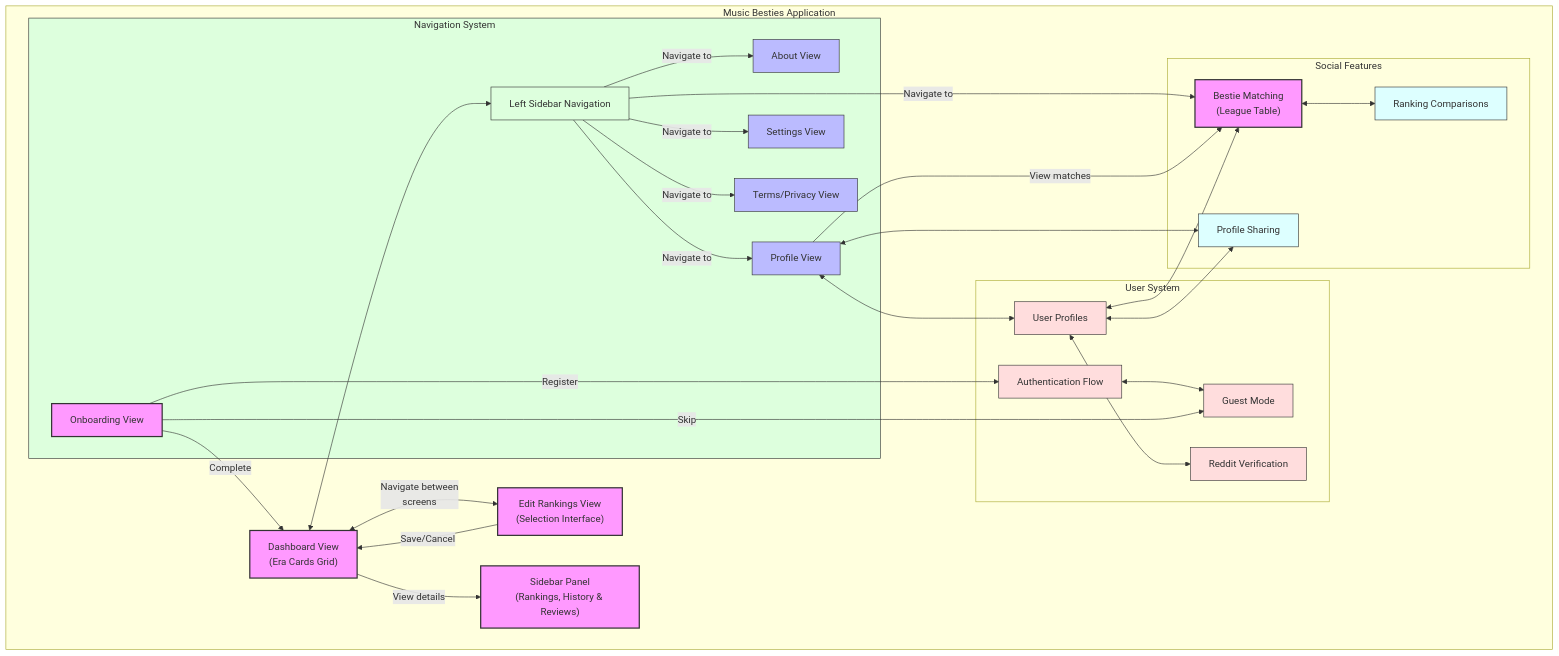
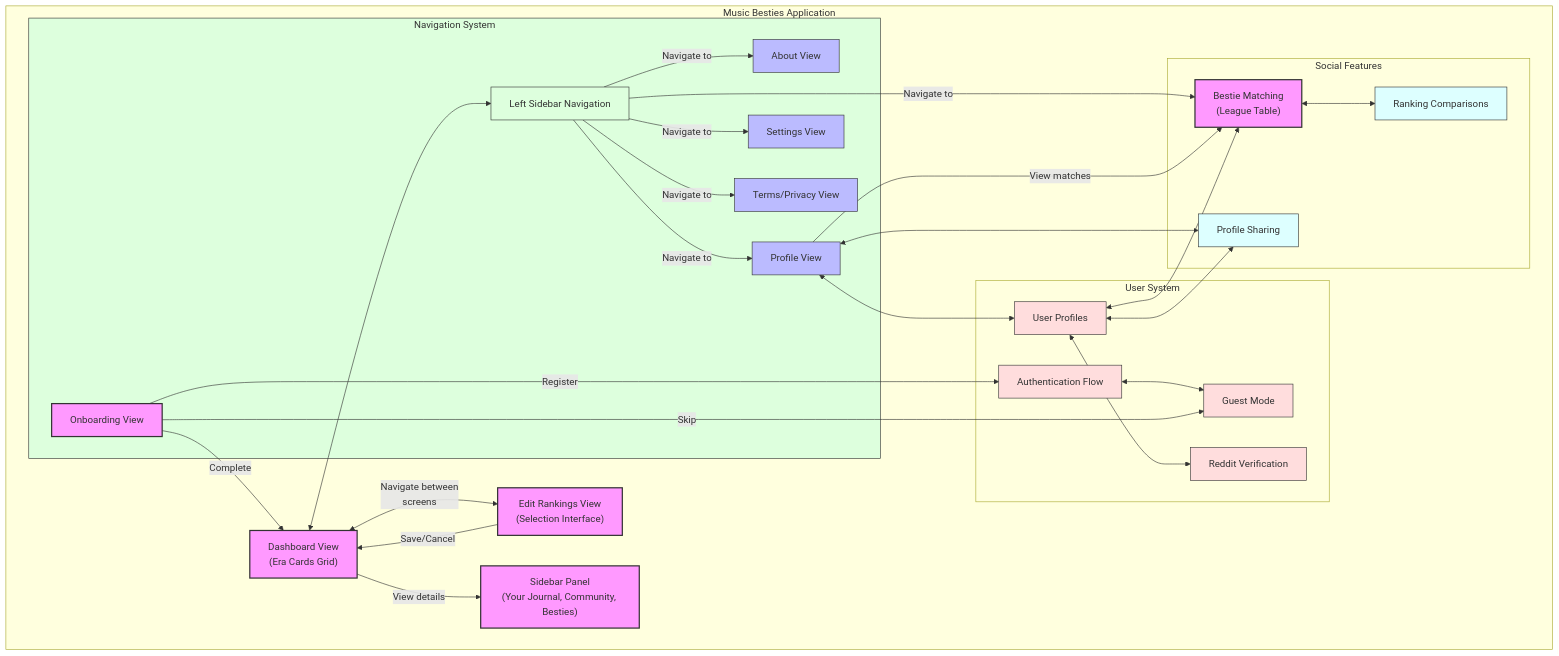
One commit to RL8/music-besties-vuepress-docs changed the diagram in docs/next-state/overview.md. Above: the diagram before and after it, drawn with Mermaid. The commit also changed other lines of this file and 8 other files, not shown here.

Commit message:
Update documentation with new sidebar panel design, three-layer navigation, and bestie matching functionality

````diff
--- a/docs/next-state/overview.md
+++ b/docs/next-state/overview.md
@@ -80,64 +80,64 @@
 ```mermaid
 flowchart TD
     subgraph MusicBesties["Music Besties Application"]
         Dashboard["Dashboard View\n(Era Cards Grid)"] <--"Navigate between\nscreens"--> EditRankings["Edit Rankings View\n(Selection Interface)"];
         
-        Dashboard -->|"View details"| SidebarPanel["Sidebar Panel\n(Rankings, History & Reviews)"];
+        Dashboard -->|"View details"| SidebarPanel["Sidebar Panel\n(Your Journal, Community, Besties)"];
         EditRankings -->|"Save/Cancel"| Dashboard;
         
         subgraph UserSystem["User System"]
             AuthFlow["Authentication Flow"]
             GuestMode["Guest Mode"]
             UserProfiles["User Profiles"]
             VerificationSystem["Reddit Verification"]
         end
         
         subgraph SocialFeatures["Social Features"]
             BestieMatching["Bestie Matching\n(League Table)"]
             ProfileSharing["Profile Sharing"]
             Comparisons["Ranking Comparisons"]
         end
         
         subgraph Navigation["Navigation System"]
             NavSidebar["Left Sidebar Navigation"]
             AboutView["About View"]
             ProfileView["Profile View"]
             SettingsView["Settings View"]
             TermsView["Terms/Privacy View"]
             OnboardingView["Onboarding View"]
         end
         
         Dashboard <--> NavSidebar;
         NavSidebar -->|"Navigate to"| AboutView;
         NavSidebar -->|"Navigate to"| ProfileView;
         NavSidebar -->|"Navigate to"| SettingsView;
         NavSidebar -->|"Navigate to"| TermsView;
         NavSidebar -->|"Navigate to"| BestieMatching;
         
         AuthFlow <--> GuestMode;
         UserProfiles <--> VerificationSystem;
         UserProfiles <--> ProfileSharing;
         UserProfiles <--> BestieMatching;
         
         OnboardingView -->|"Complete"| Dashboard;
         OnboardingView -->|"Register"| AuthFlow;
         OnboardingView -->|"Skip"| GuestMode;
         
         ProfileView <--> UserProfiles;
         ProfileView <--> ProfileSharing;
         ProfileView -->|"View matches"| BestieMatching;
         BestieMatching <--> Comparisons;
         
         classDef primaryViews fill:#f9f,stroke:#333,stroke-width:2px;
         classDef supportingViews fill:#bbf,stroke:#333,stroke-width:1px;
         classDef navSystem fill:#dfd,stroke:#333,stroke-width:1px;
         classDef userSystem fill:#fdd,stroke:#333,stroke-width:1px;
         classDef socialFeatures fill:#dff,stroke:#333,stroke-width:1px;
         
         class Dashboard,EditRankings,SidebarPanel,BestieMatching,OnboardingView primaryViews;
         class AboutView,ProfileView,SettingsView,TermsView supportingViews;
         class NavSidebar,Navigation navSystem;
         class AuthFlow,GuestMode,UserProfiles,VerificationSystem userSystem;
         class ProfileSharing,Comparisons socialFeatures;
     end
 ```
````
